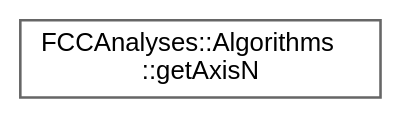
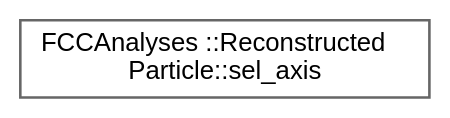
Before and after one commit to HEP-FCC/FCCAnalyses: the diagram in doc/latest/inherit_graph_20.dot, drawn with Graphviz. The commit also changed 117 other files, not shown here.

```diff
--- a/doc/latest/inherit_graph_20.dot
+++ b/doc/latest/inherit_graph_20.dot
@@ -1,9 +1,9 @@
 digraph "Graphical Class Hierarchy"
 {
  // LATEX_PDF_SIZE
   bgcolor="transparent";
   edge [fontname=Helvetica,fontsize=10,labelfontname=Helvetica,labelfontsize=10];
   node [fontname=Helvetica,fontsize=10,shape=box,height=0.2,width=0.4];
   rankdir="LR";
-  Node0 [id="Node000000",label="FCCAnalyses::Algorithms\l::getAxisN",height=0.2,width=0.4,color="grey40", fillcolor="white", style="filled",URL="$structFCCAnalyses_1_1Algorithms_1_1getAxisN.html",tooltip="Get the number of particles in a given hemisphere (defined by it's angle wrt to axis)...."];
+  Node0 [id="Node000000",label="FCCAnalyses ::Reconstructed\lParticle::sel_axis",height=0.2,width=0.4,color="grey40", fillcolor="white", style="filled",URL="$structFCCAnalyses_01_1_1ReconstructedParticle_1_1sel__axis.html",tooltip="select a list of reconstructed particles depending on the angle cosTheta axis"];
 }
```
